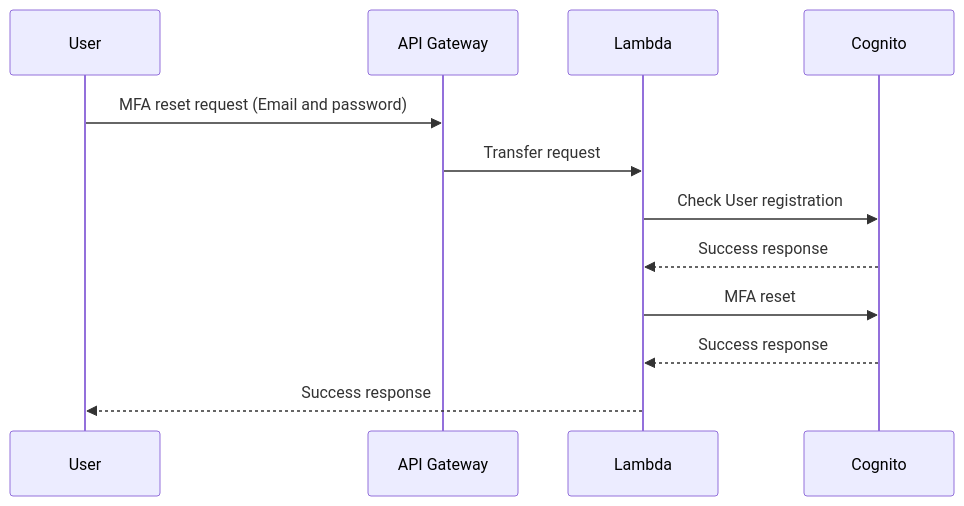
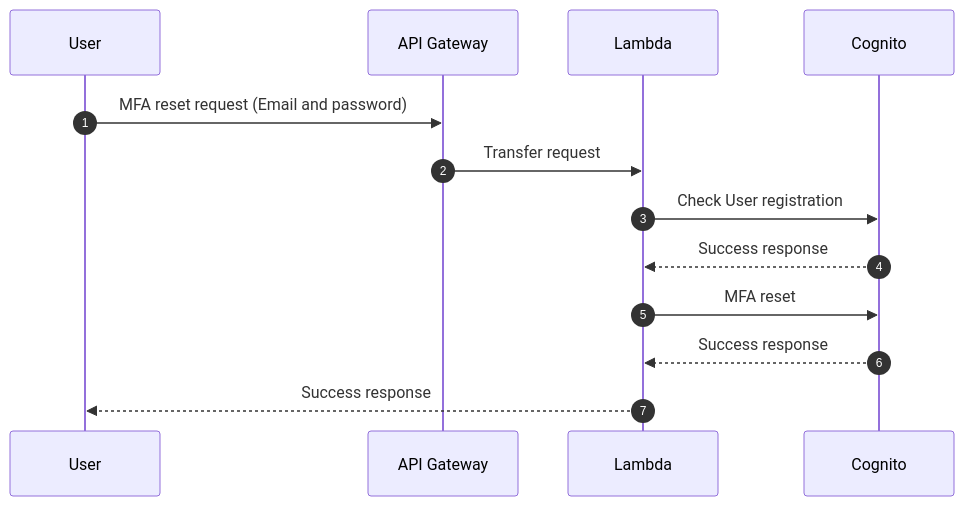
The fifth of 6 diagrams in docs/en/architecture/frontend_signup_signin_flow.md (oqtopus-team/oqtopus-cloud), drawn with Mermaid before and after one commit. The commit also changed other lines of this file and 1 other file, not shown here.

Commit message:
docs: Enhance frontend authentication and signup/signin flow diagrams for clarity and consistency

````diff
--- a/docs/en/architecture/frontend_signup_signin_flow.md
+++ b/docs/en/architecture/frontend_signup_signin_flow.md
@@ -98,15 +102,16 @@
 ```mermaid
 sequenceDiagram
+    autonumber
     participant U as User
     participant AG as API Gateway
     participant L as Lambda
     participant C as Cognito
 
     U->>AG: MFA reset request (Email and password)
     AG->>L: Transfer request
     L->>C: Check User registration
     C-->>L: Success response
     L->>C: MFA reset
     C-->>L: Success response
     L-->>U: Success response
 ```
````
